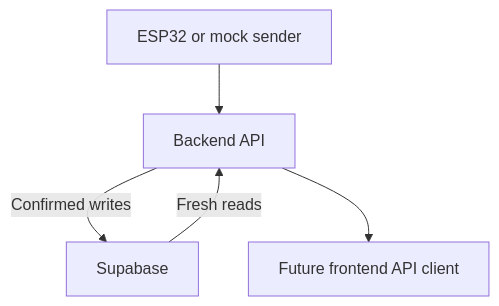
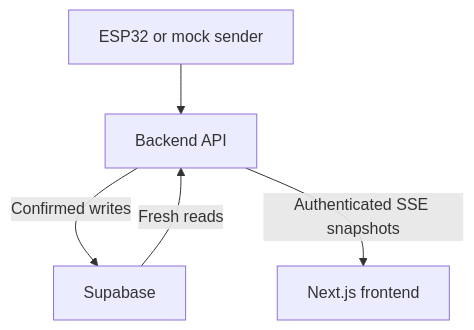
The diagram in README.md (adam8687/Drain-detection-tech), drawn with Mermaid before and after one commit. The commit also changed other lines of this file and 33 other files, not shown here.

````diff
--- a/README.md
+++ b/README.md
@@ -33,7 +33,7 @@
 ```mermaid
 flowchart TD
     ESP["ESP32 or mock sender"] --> API["Backend API"]
     API -->|"Confirmed writes"| DB["Supabase"]
     DB -->|"Fresh reads"| API
-    API --> Client["Future frontend API client"]
+    API -->|"Authenticated SSE snapshots"| Client["Next.js frontend"]
 ```
````
